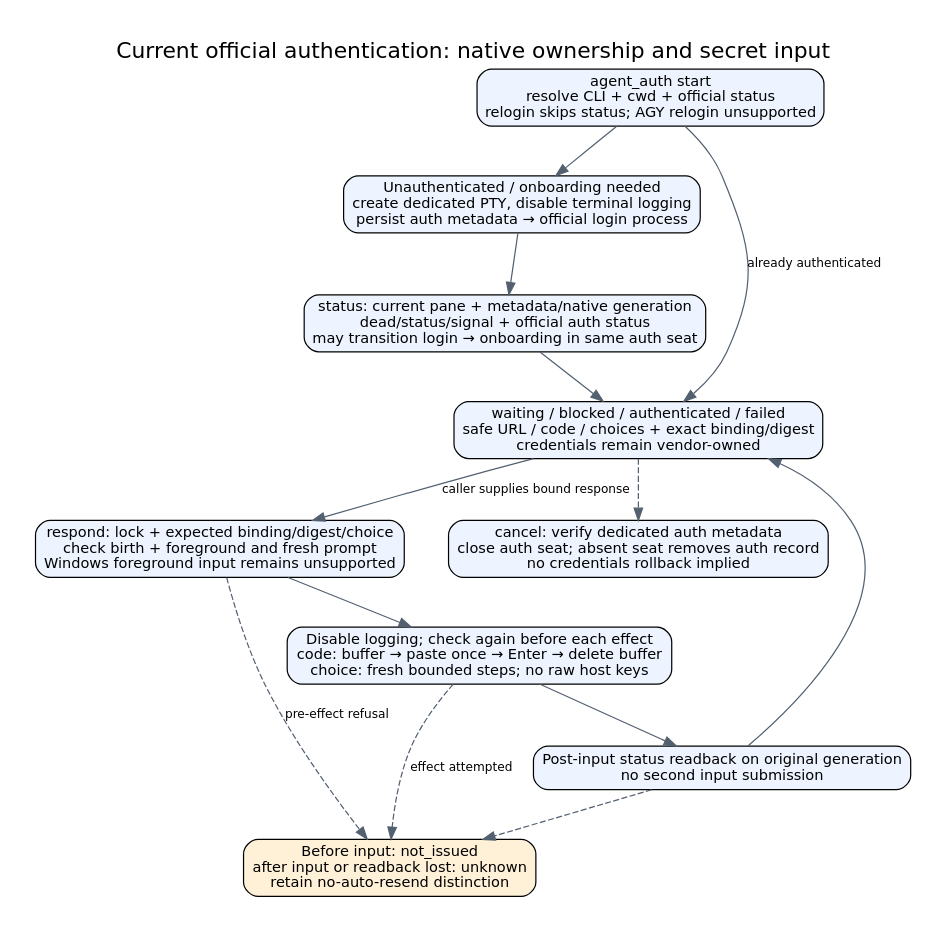
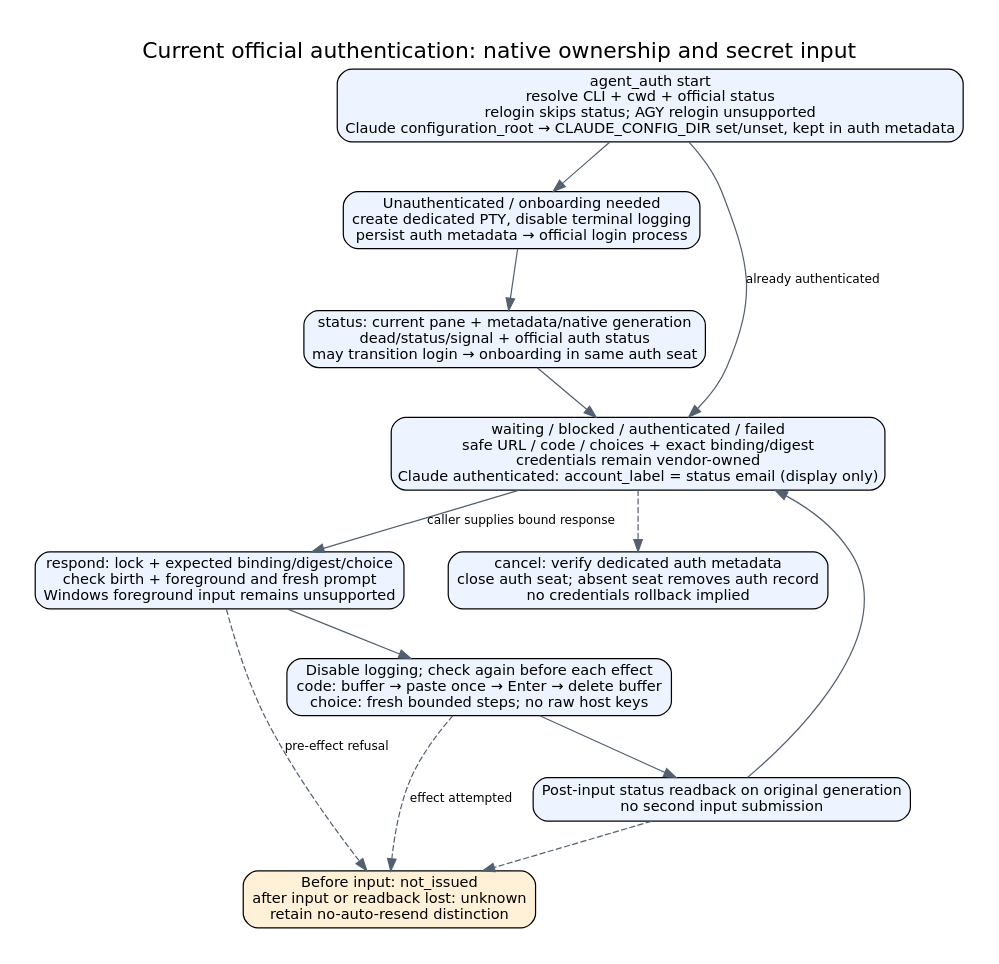
The diagram in docs/architecture/authentication.dot (kitepon/aiterm-mcp), drawn with Graphviz before and after one commit. The commit also changed 17 other files, not shown here.

First line of the commit message:
Select Claude configuration roots per seat and hibernate seats on request

```diff
--- a/docs/architecture/authentication.dot
+++ b/docs/architecture/authentication.dot
@@ -1,17 +1,17 @@
 digraph auth {
  graph [rankdir=TB,bgcolor="white",pad=0.3,nodesep=0.5,ranksep=0.55,label="Current official authentication: native ownership and secret input",labelloc=t,fontname="DejaVu Sans",fontsize=18];
  node [shape=box,style="rounded,filled",fillcolor="#edf4ff",fontname="DejaVu Sans",fontsize=12];
  edge [fontname="DejaVu Sans",fontsize=10,color="#536070"];
- start [label="agent_auth start\nresolve CLI + cwd + official status\nrelogin skips status; AGY relogin unsupported"];
+ start [label="agent_auth start\nresolve CLI + cwd + official status\nrelogin skips status; AGY relogin unsupported\nClaude configuration_root → CLAUDE_CONFIG_DIR set/unset, kept in auth metadata"];
  native [label="Unauthenticated / onboarding needed\ncreate dedicated PTY, disable terminal logging\npersist auth metadata → official login process"];
  state [label="status: current pane + metadata/native generation\ndead/status/signal + official auth status\nmay transition login → onboarding in same auth seat"];
- receipt [label="waiting / blocked / authenticated / failed\nsafe URL / code / choices + exact binding/digest\ncredentials remain vendor-owned"];
+ receipt [label="waiting / blocked / authenticated / failed\nsafe URL / code / choices + exact binding/digest\ncredentials remain vendor-owned\nClaude authenticated: account_label = status email (display only)"];
  respond [label="respond: lock + expected binding/digest/choice\ncheck birth + foreground and fresh prompt\nWindows foreground input remains unsupported"];
  input [label="Disable logging; check again before each effect\ncode: buffer → paste once → Enter → delete buffer\nchoice: fresh bounded steps; no raw host keys"];
  observe [label="Post-input status readback on original generation\nno second input submission"];
  cancel [label="cancel: verify dedicated auth metadata\nclose auth seat; absent seat removes auth record\nno credentials rollback implied"];
  unknown [label="Before input: not_issued\nafter input or readback lost: unknown\nretain no-auto-resend distinction",fillcolor="#fff0d8"];
  start -> receipt [label="already authenticated"];start -> native;native -> state;state -> receipt;
  receipt -> respond [label="caller supplies bound response"];respond -> input;input -> observe;observe -> receipt;
  respond -> unknown [style=dashed,label="pre-effect refusal"];input -> unknown [style=dashed,label="effect attempted"];observe -> unknown [style=dashed];receipt -> cancel [style=dashed];
 }
```
